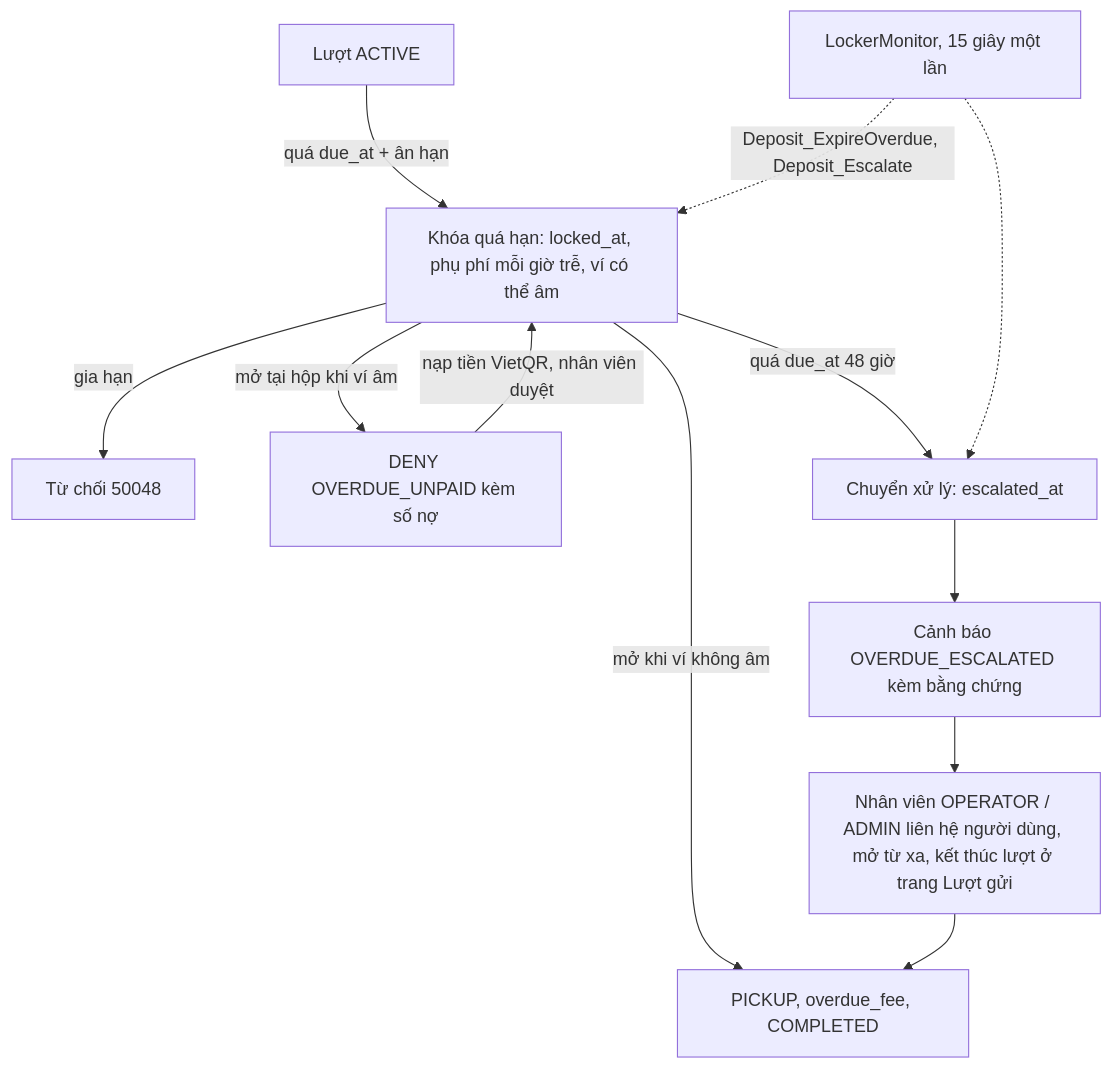
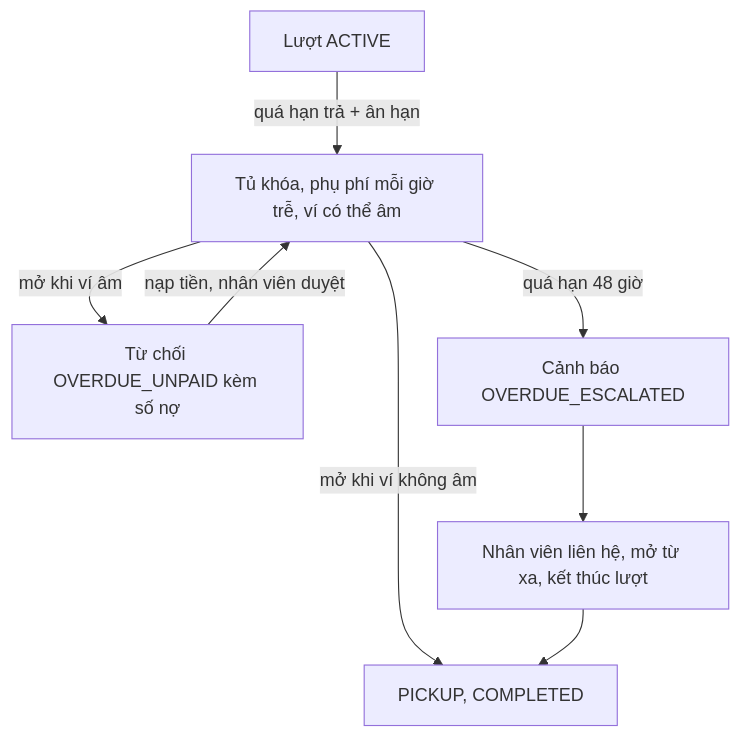
The second of 4 diagrams in README.md (HoangDuc1003/SmartLocker), drawn with Mermaid before and after one commit. The commit also changed other lines of this file and 11 other files, not shown here.

````diff
--- a/README.md
+++ b/README.md
@@ -348,14 +321,10 @@
 ```mermaid
 flowchart TD
-    A["Lượt ACTIVE"] -->|"quá due_at + ân hạn"| L["Khóa quá hạn: locked_at, phụ phí mỗi giờ trễ, ví có thể âm"]
-    L -->|"gia hạn"| E1["Từ chối 50048"]
-    L -->|"mở tại hộp khi ví âm"| E2["DENY OVERDUE_UNPAID kèm số nợ"]
-    E2 -->|"nạp tiền VietQR, nhân viên duyệt"| L
-    L -->|"mở khi ví không âm"| P["PICKUP, overdue_fee, COMPLETED"]
-    L -->|"quá due_at 48 giờ"| X["Chuyển xử lý: escalated_at"]
-    X --> AL["Cảnh báo OVERDUE_ESCALATED kèm bằng chứng"]
-    AL --> ST["Nhân viên OPERATOR / ADMIN liên hệ người dùng, mở từ xa, kết thúc lượt ở trang Lượt gửi"]
+    A["Lượt ACTIVE"] -->|"quá hạn trả + ân hạn"| L["Tủ khóa, phụ phí mỗi giờ trễ, ví có thể âm"]
+    L -->|"mở khi ví âm"| E["Từ chối OVERDUE_UNPAID kèm số nợ"]
+    E -->|"nạp tiền, nhân viên duyệt"| L
+    L -->|"mở khi ví không âm"| P["PICKUP, COMPLETED"]
+    L -->|"quá hạn 48 giờ"| X["Cảnh báo OVERDUE_ESCALATED"]
+    X --> ST["Nhân viên liên hệ, mở từ xa, kết thúc lượt"]
     ST --> P
-    M["LockerMonitor, 15 giây một lần"] -.->|"Deposit_ExpireOverdue, Deposit_Escalate"| L
-    M -.-> X
 ```
````
